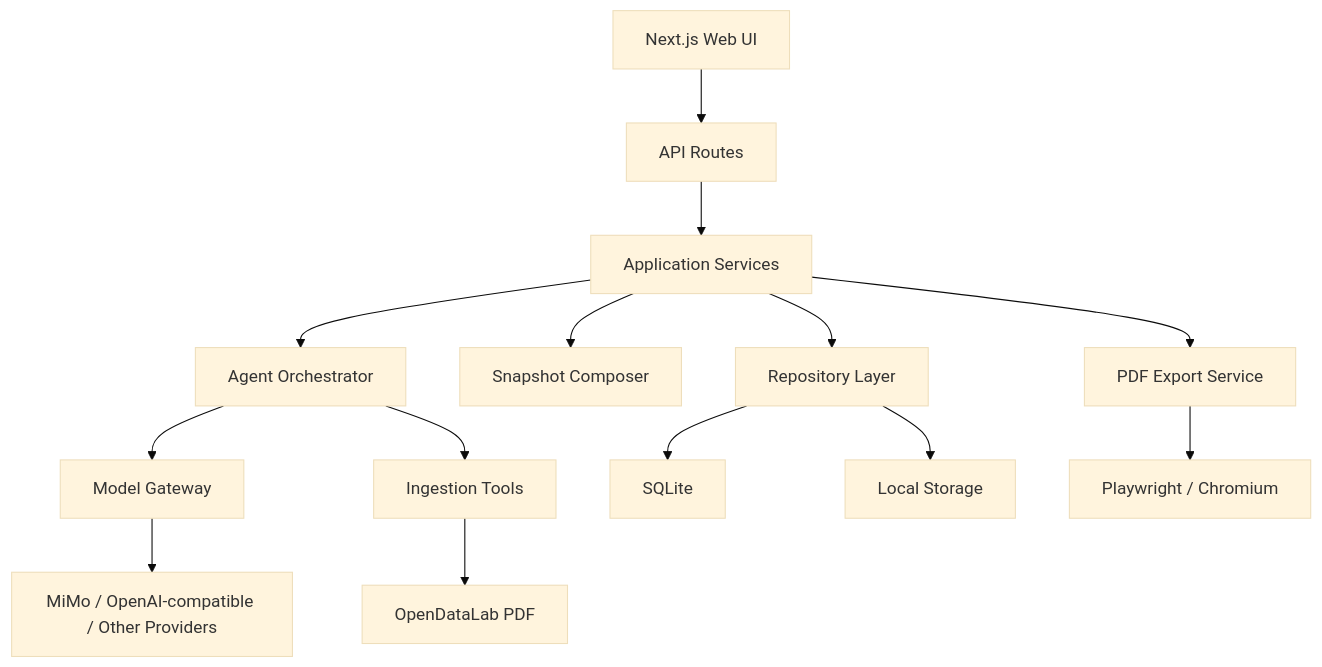
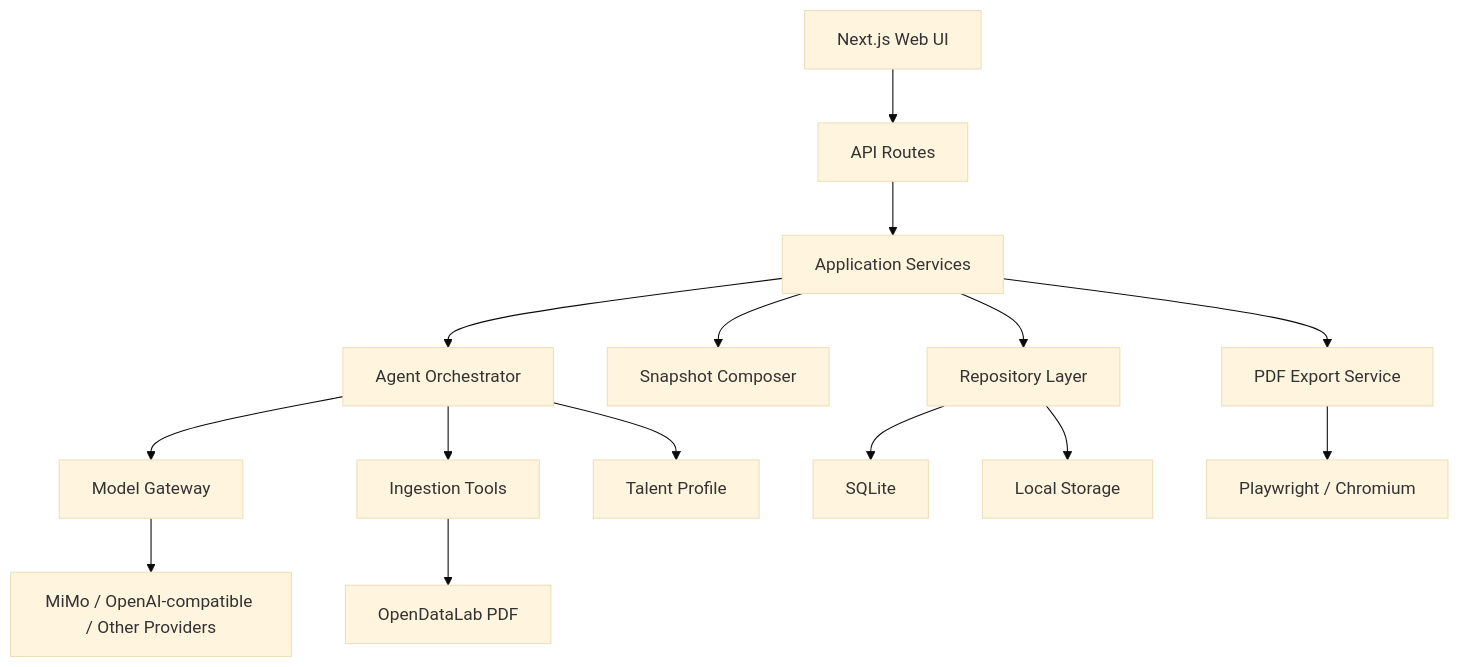
The second of 3 diagrams in docs/product/OfferYou-Architecture.md (shiyoungwoo/OfferYou), drawn with Mermaid (base theme) before and after one commit. The commit also changed other lines of this file and 221 other files, not shown here.

````diff
--- a/docs/product/OfferYou-Architecture.md
+++ b/docs/product/OfferYou-Architecture.md
@@ -36,18 +39,19 @@
 ```mermaid
 flowchart TD
   UI["Next.js Web UI"] --> API["API Routes"]
   API --> App["Application Services"]
   App --> Orchestrator["Agent Orchestrator"]
   App --> Snapshot["Snapshot Composer"]
   App --> Exporter["PDF Export Service"]
   App --> Repo["Repository Layer"]
 
   Orchestrator --> Gateway["Model Gateway"]
   Orchestrator --> Parser["Ingestion Tools"]
+  Orchestrator --> Talent["Talent Profile"]
   Gateway --> Provider["MiMo / OpenAI-compatible / Other Providers"]
   Parser --> ODL["OpenDataLab PDF"]
 
   Repo --> SQLite["SQLite"]
   Repo --> Files["Local Storage"]
   Exporter --> Browser["Playwright / Chromium"]
 ```
````
